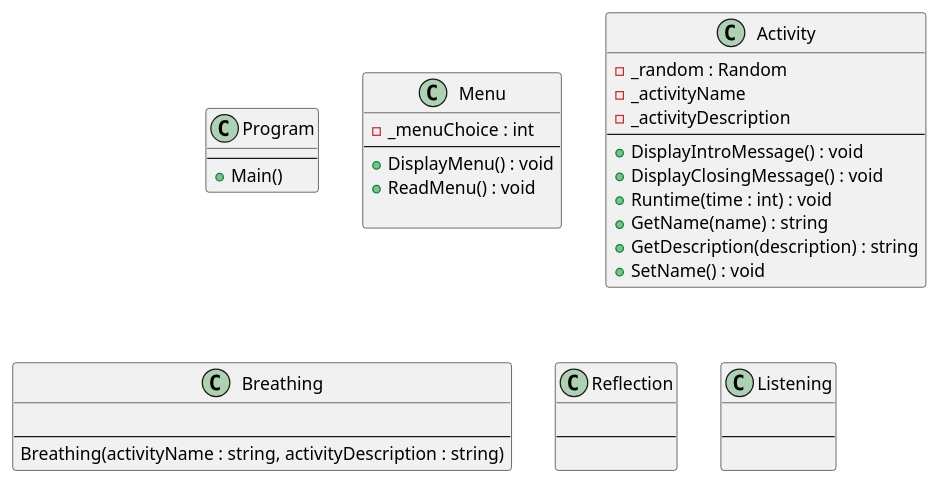
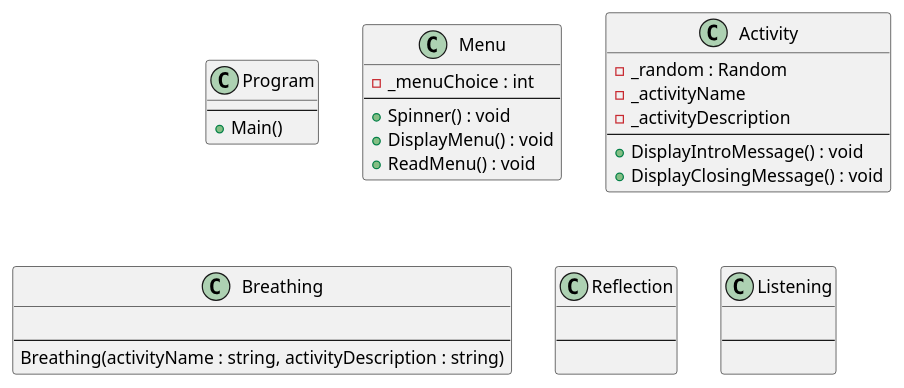
One commit to automotopia2/cse21---projects changed the diagram in prove/Develop04/MindfulnessProgram.puml. Above: the diagram before and after it, drawn with PlantUML. The commit also changed 3 other files, not shown here.

```diff
--- a/prove/Develop04/MindfulnessProgram.puml
+++ b/prove/Develop04/MindfulnessProgram.puml
@@ -1,56 +1,52 @@
 @startuml
 
 class Program
 {
     --
     + Main()
 }
 
 class Menu
 {
     -_menuChoice : int
     --
+    + Spinner() : void
     + DisplayMenu() : void
     + ReadMenu() : void
-
 }
 
 class Activity
 {
     -_random : Random
     -_activityName
     -_activityDescription
     --
     + DisplayIntroMessage() : void
     + DisplayClosingMessage() : void
-    + Runtime(time : int) : void
-    + GetName(name) : string
-    + GetDescription(description) : string
-    + SetName() : void
 }
 
 class Breathing
 {
     
     --
     Breathing(activityName : string, activityDescription : string)
 }
 
 class Reflection
 {
     
     --
 
 }
 
 class Listening
 {
     
     --
     
 }
 
 
 
 
 @enduml
```
